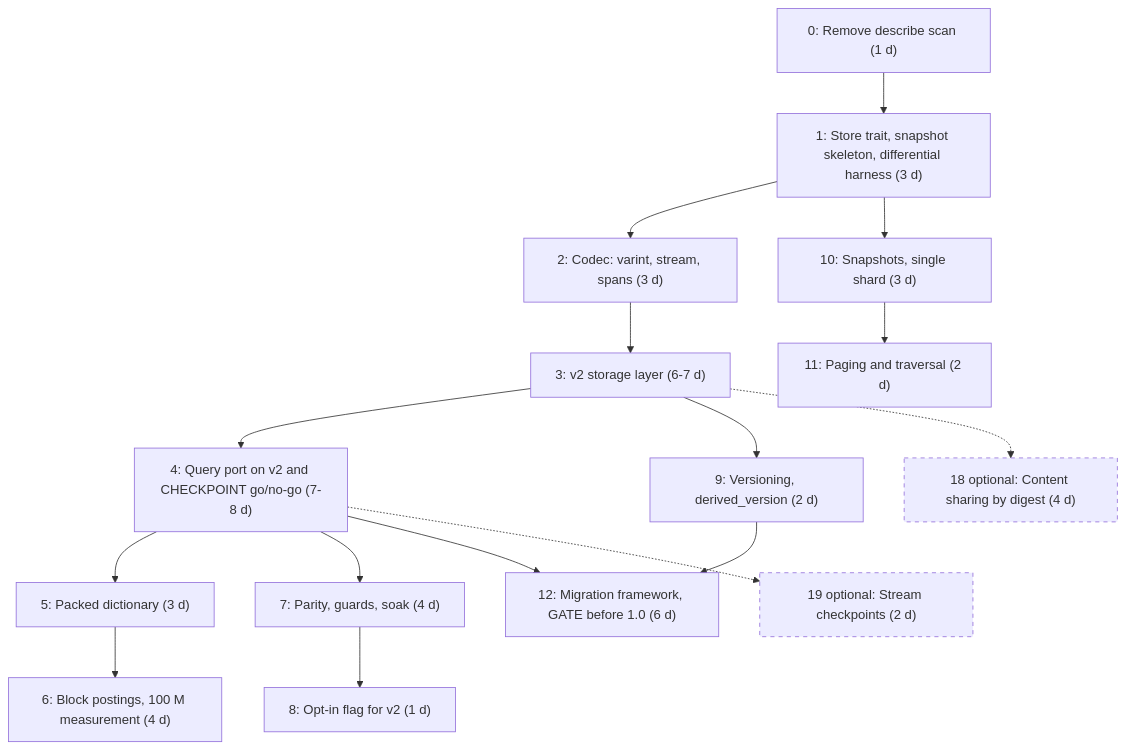
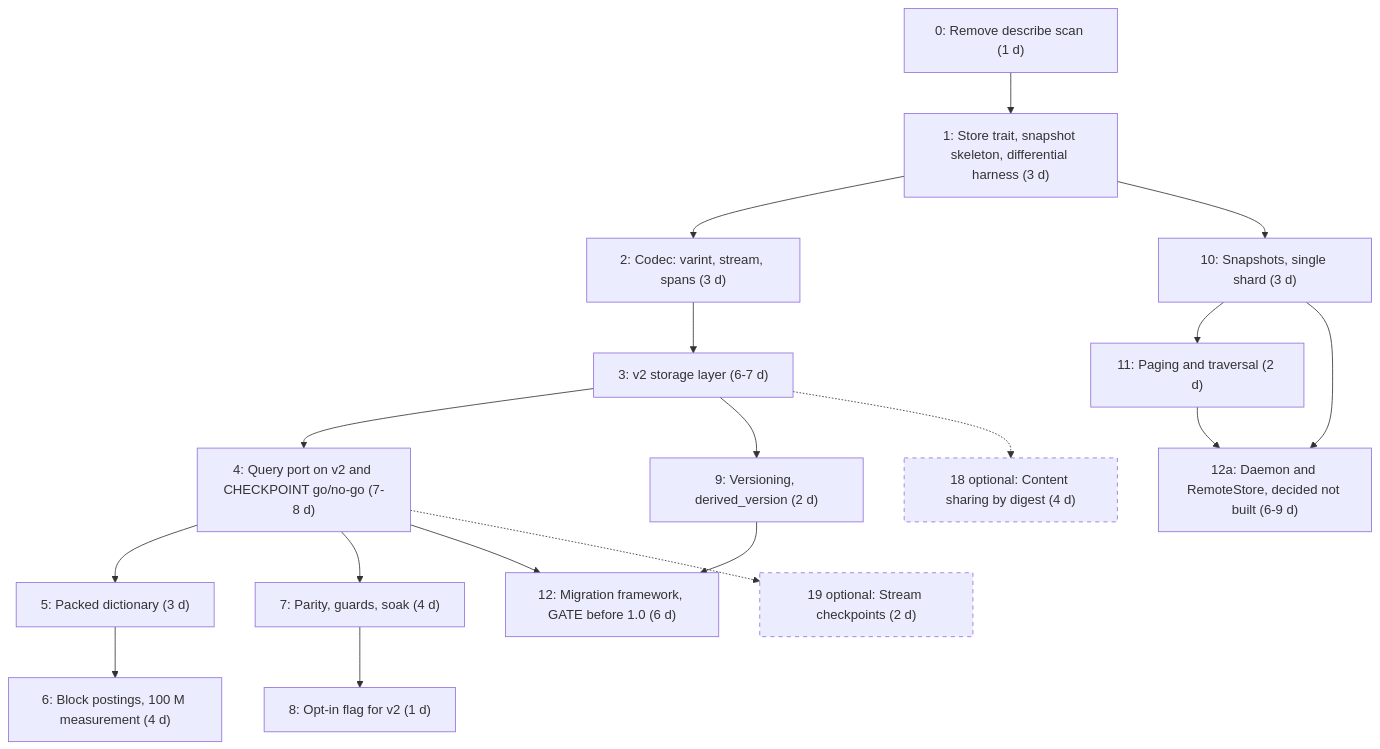
One commit to P47Phoenix/memory-graph changed diagram 18 of 19 in docs/architecture-diagrams.md. Above: the diagram before and after it, drawn with Mermaid. The commit also changed other lines of this file and 5 other files, not shown here.

````diff
--- a/docs/architecture-diagrams.md
+++ b/docs/architecture-diagrams.md
@@ -565,29 +565,32 @@
 ```mermaid
 flowchart TD
     S0["0: Remove describe scan (1 d)"]
     S1["1: Store trait, snapshot skeleton, differential harness (3 d)"]
     S2["2: Codec: varint, stream, spans (3 d)"]
     S3["3: v2 storage layer (6-7 d)"]
     S4["4: Query port on v2 and CHECKPOINT go/no-go (7-8 d)"]
     S5["5: Packed dictionary (3 d)"]
     S6["6: Block postings, 100 M measurement (4 d)"]
     S7["7: Parity, guards, soak (4 d)"]
     S8["8: Opt-in flag for v2 (1 d)"]
     S9["9: Versioning, derived_version (2 d)"]
     S10["10: Snapshots, single shard (3 d)"]
     S11["11: Paging and traversal (2 d)"]
     S12["12: Migration framework, GATE before 1.0 (6 d)"]
+    S12A["12a: Daemon and RemoteStore, decided not built (6-9 d)"]
     S18["18 optional: Content sharing by digest (4 d)"]
     S19["19 optional: Stream checkpoints (2 d)"]
     S0 --> S1 --> S2 --> S3 --> S4
     S4 --> S5 --> S6
     S4 --> S7 --> S8
     S3 --> S9
     S1 --> S10 --> S11
     S9 --> S12
+    S10 --> S12A
+    S11 --> S12A
     S4 --> S12
     S3 -.-> S18
     S4 -.-> S19
     style S18 stroke-dasharray: 5 5
     style S19 stroke-dasharray: 5 5
 ```
````
